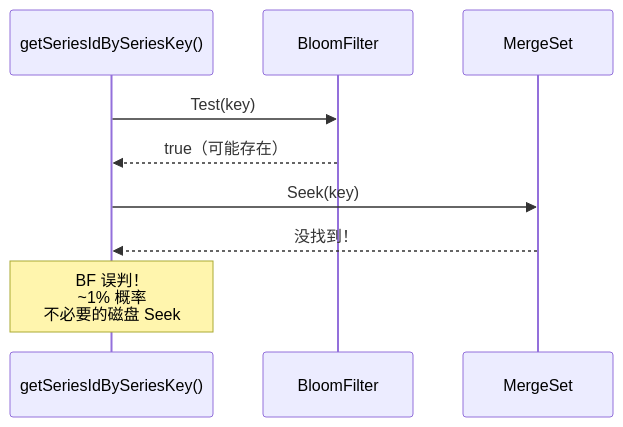
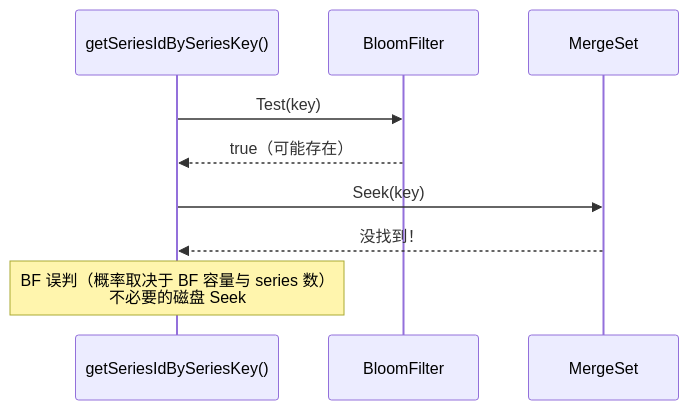
Diagram 37 of 47 in docs/specs/02_index_system_spec.md (stefanv5/openGemini), drawn with Mermaid before and after one commit. The commit also changed other lines of this file and 37 other files, not shown here.

````diff
--- a/docs/specs/02_index_system_spec.md
+++ b/docs/specs/02_index_system_spec.md
@@ -3278,14 +3368,14 @@
 ```mermaid
 sequenceDiagram
     participant Caller as getSeriesIdBySeriesKey()
     participant BF as BloomFilter
     participant Disk as MergeSet
 
     Caller->>BF: Test(key)
     BF-->>Caller: true（可能存在）
 
     Caller->>Disk: Seek(key)
     Disk-->>Caller: 没找到！
 
-    Note over Caller: BF 误判！<br/>~1% 概率<br/>不必要的磁盘 Seek
+    Note over Caller: BF 误判（概率取决于 BF 容量与 series 数）<br/>不必要的磁盘 Seek
 ```
````
